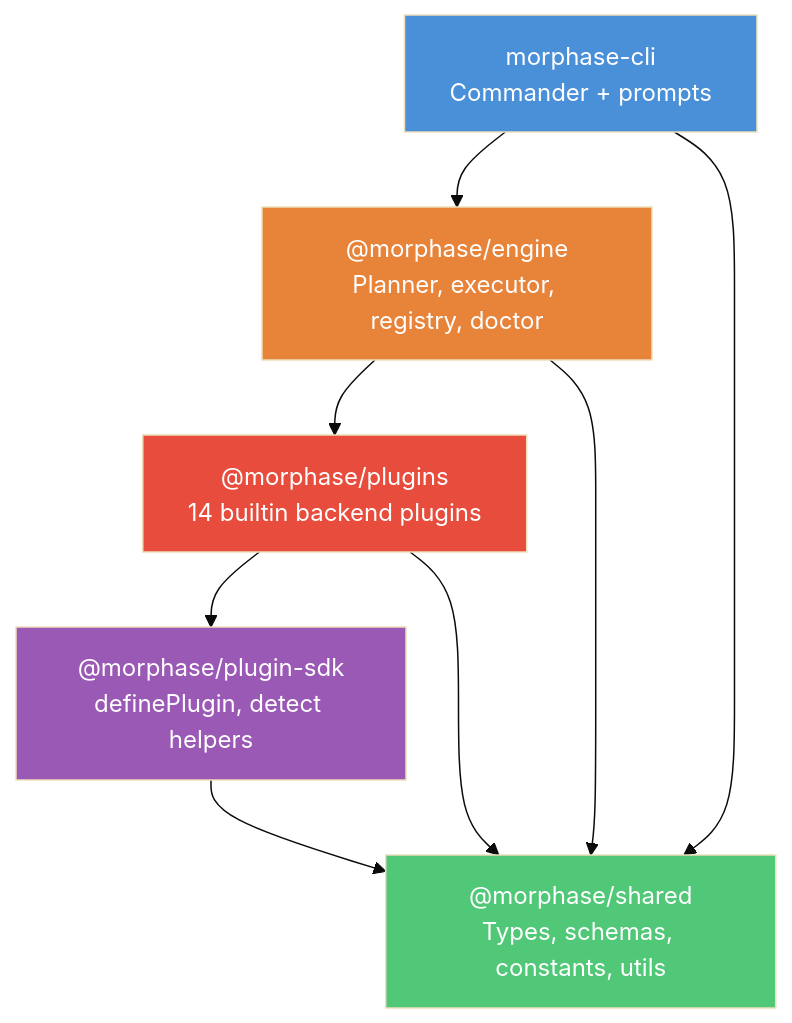
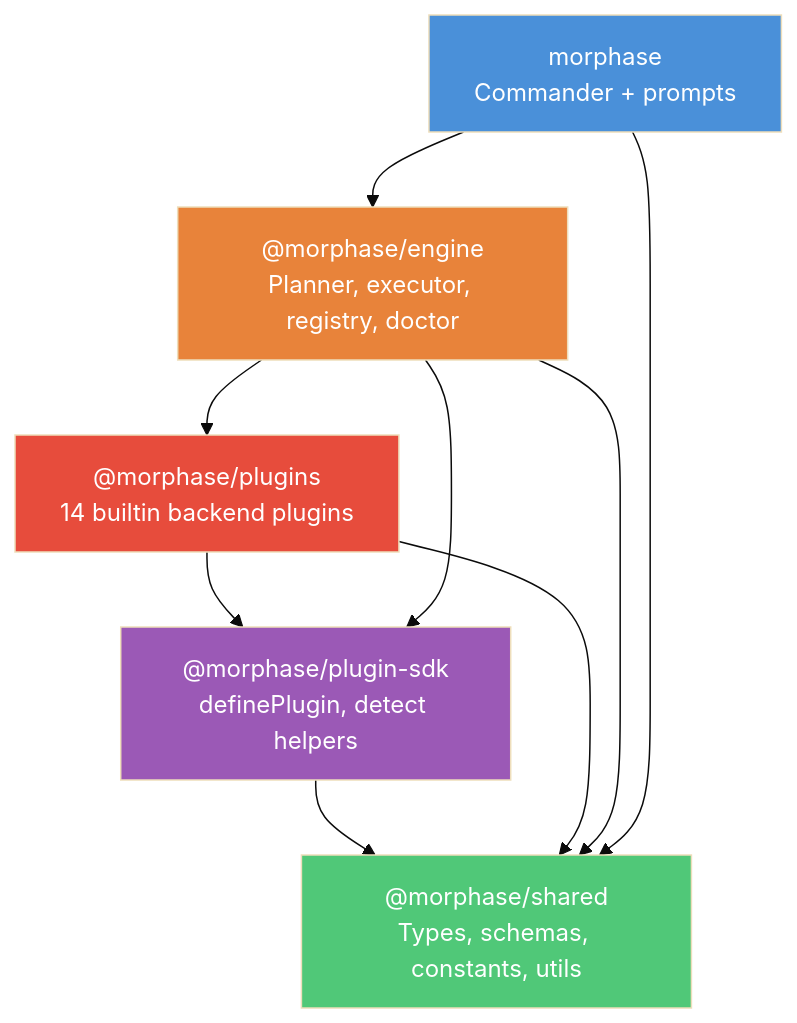
The third of 7 diagrams in docs/architecture-diagrams.md (joeljstephen/morphase), drawn with Mermaid (base theme) before and after one commit. The commit also changed other lines of this file and 4 other files, not shown here.

````diff
--- a/docs/architecture-diagrams.md
+++ b/docs/architecture-diagrams.md
@@ -168,22 +168,23 @@
 ```mermaid
 graph TD
     Shared["@morphase/shared<br/>Types, schemas, constants, utils"]
     SDK["@morphase/plugin-sdk<br/>definePlugin, detect helpers"]
     Plugins["@morphase/plugins<br/>14 builtin backend plugins"]
     Engine["@morphase/engine<br/>Planner, executor, registry, doctor"]
-    CLI["morphase-cli<br/>Commander + prompts"]
+    CLI["morphase<br/>Commander + prompts"]
 
     SDK --> Shared
     Plugins --> Shared
     Plugins --> SDK
     Engine --> Shared
+    Engine --> SDK
     Engine --> Plugins
     CLI --> Engine
     CLI --> Shared
 
     style Shared fill:#50C878,color:#fff
     style SDK fill:#9B59B6,color:#fff
     style Plugins fill:#E74C3C,color:#fff
     style Engine fill:#E8833A,color:#fff
     style CLI fill:#4A90D9,color:#fff
 ```
````
